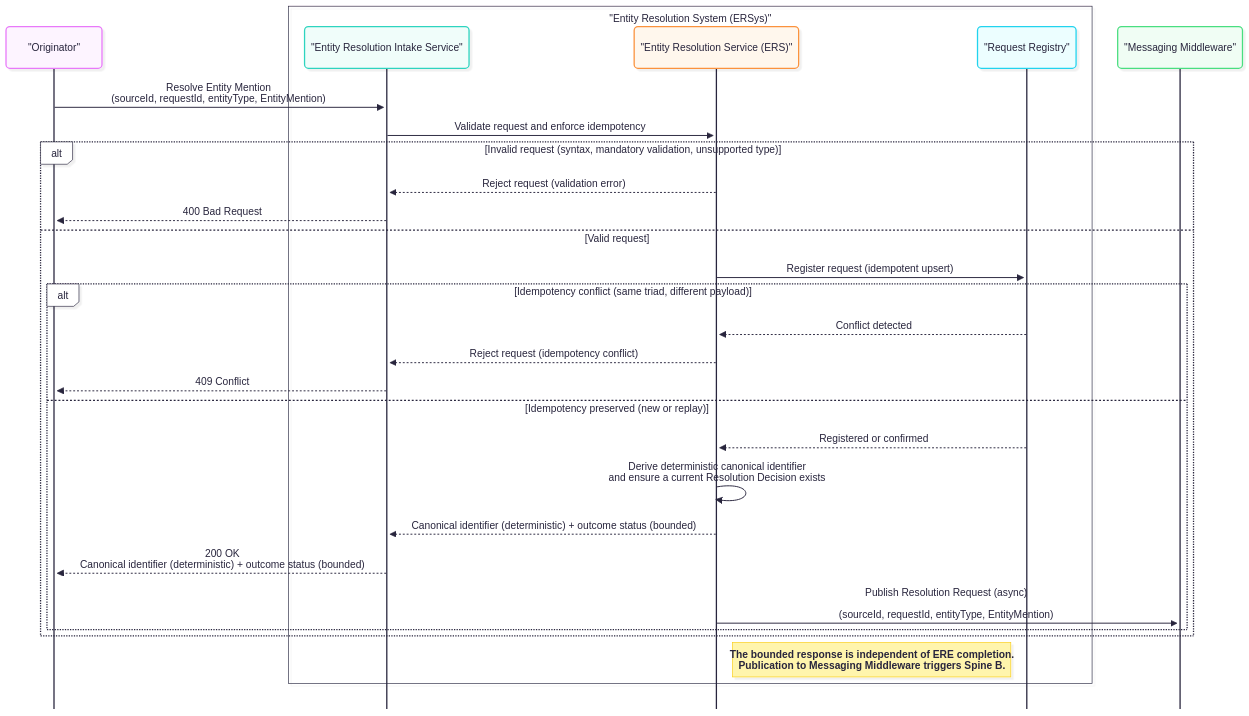
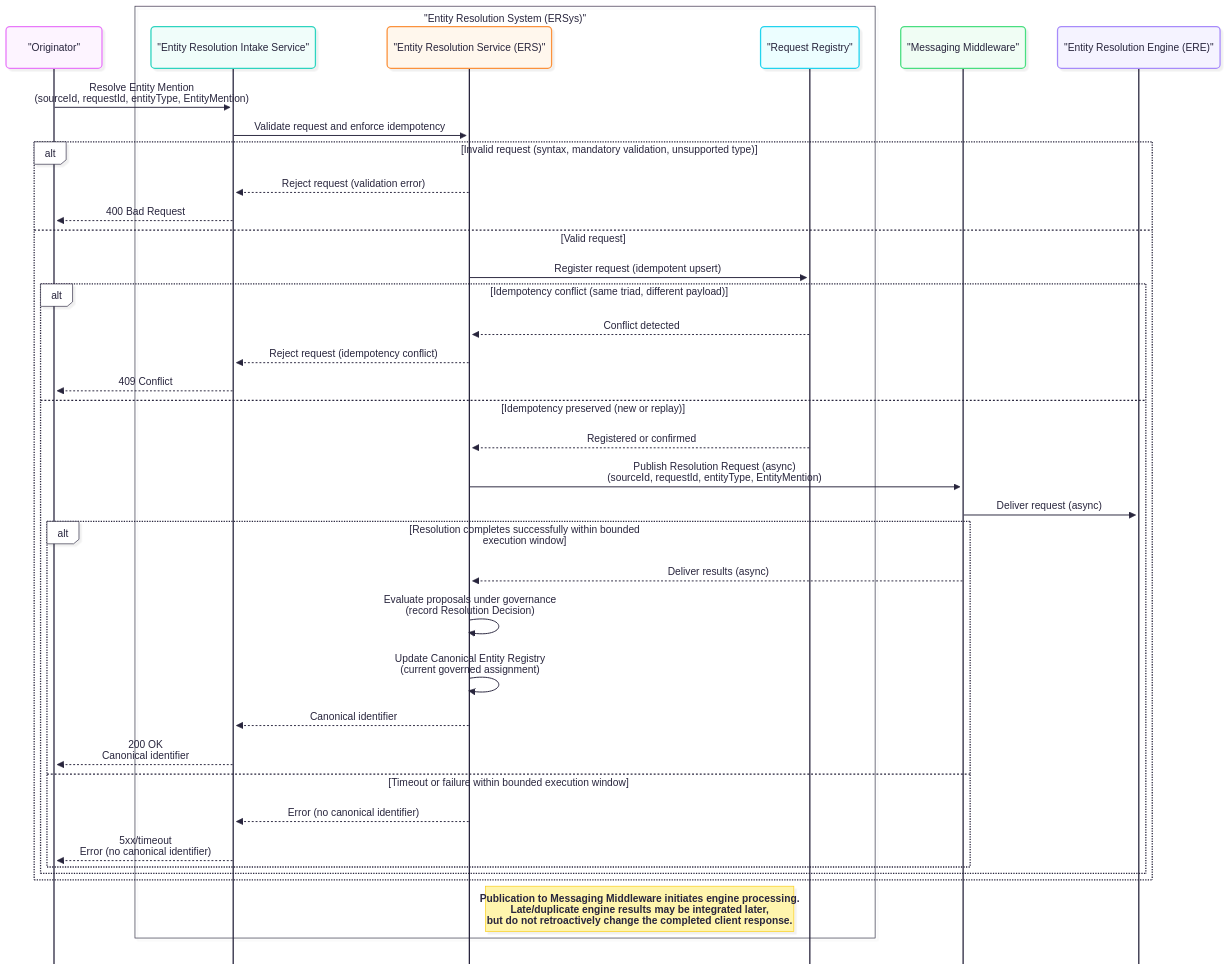
Before and after one commit to OP-TED/entity-resolution-spec: the diagram in docs/architecture/sequence_diagrams/spine-A-Resolve-EntityMention.mmd, drawn with Mermaid. The commit also changed 8 other files, not shown here.

First line of the commit message:
update the diagrams

```diff
--- a/docs/architecture/sequence_diagrams/spine-A-Resolve-EntityMention.mmd
+++ b/docs/architecture/sequence_diagrams/spine-A-Resolve-EntityMention.mmd
@@ -1,47 +1,62 @@
 ---
 config:
   look: neo
   theme: redux-color
   mirrorActors: false
   sequence:
     bottomMarginAdj: 0.1
 ---
 sequenceDiagram
-%% Maps to EA diagram: UML Sequence (Spine A)
-%% Purpose: bounded resolve, deterministic canonical identifier, idempotent request registration.
-%% Shows: non-blocking publication to Messaging Middleware as the trigger for Spine B.
-%% Excludes: ERE participation, result integration, curation, rebuild, and store choreography beyond Request Registry.
+  %% Maps to EA diagram: UML Sequence (Spine A)
+  %% Purpose: bounded client resolve, idempotent request registration, synchronous completion semantics.
+  %% Shows: request publication to Messaging Middleware as part of the bounded resolve.
+  %% Excludes: detailed ERE logic, candidate ranking/pruning, curation, rebuild, and store choreography beyond Request Registry.
 
-participant Originator as "Originator"
+  participant Originator as "Originator"
+
+  participant ERIntake
+  participant ERS
+  participant RequestRegistry
 
 box "Entity Resolution System (ERSys)"
     participant ERIntake as "Entity Resolution Intake Service"
     participant ERS as "Entity Resolution Service (ERS)"
     participant RequestRegistry as "Request Registry"
 end
 
 participant MessagingMiddleware as "Messaging Middleware"
+participant ERE as "Entity Resolution Engine (ERE)"
 
 Originator ->> ERIntake: Resolve Entity Mention<br/>(sourceId, requestId, entityType, EntityMention)
 ERIntake ->> ERS: Validate request and enforce idempotency
 
 alt Invalid request (syntax, mandatory validation, unsupported type)
     ERS -->> ERIntake: Reject request (validation error)
     ERIntake -->> Originator: 400 Bad Request
 else Valid request
     ERS ->> RequestRegistry: Register request (idempotent upsert)
     alt Idempotency conflict (same triad, different payload)
         RequestRegistry -->> ERS: Conflict detected
         ERS -->> ERIntake: Reject request (idempotency conflict)
         ERIntake -->> Originator: 409 Conflict
     else Idempotency preserved (new or replay)
         RequestRegistry -->> ERS: Registered or confirmed
-        ERS ->> ERS: Derive deterministic canonical identifier<br/>and ensure a current Resolution Decision exists
-        ERS -->> ERIntake: Canonical identifier (deterministic) + outcome status (bounded)
-        ERIntake -->> Originator: 200 OK<br/>Canonical identifier (deterministic) + outcome status (bounded)
 
-        ERS ->> MessagingMiddleware: Publish Resolution Request (async)<br/><br/>(sourceId, requestId, entityType, EntityMention)
+        ERS ->> MessagingMiddleware: Publish Resolution Request (async)<br/>(sourceId, requestId, entityType, EntityMention)
+        MessagingMiddleware ->> ERE: Deliver request (async)
+
+        alt Resolution completes successfully within bounded execution window
+            %% ERE -->> MessagingMiddleware: Publish candidate alignments<br/>(candidate links)
+            MessagingMiddleware -->> ERS: Deliver results (async)
+            ERS ->> ERS: Evaluate proposals under governance<br/>(record Resolution Decision)
+            ERS ->> ERS: Update Canonical Entity Registry<br/>(current governed assignment)
+            ERS -->> ERIntake: Canonical identifier
+            ERIntake -->> Originator: 200 OK<br/>Canonical identifier
+        else Timeout or failure within bounded execution window
+            ERS -->> ERIntake: Error (no canonical identifier)
+            ERIntake -->> Originator: 5xx/timeout<br/>Error (no canonical identifier)
+        end
     end
 end
 
-note right of ERS: The bounded response is independent of ERE completion. <br> Publication to Messaging Middleware triggers Spine B.
+note right of ERS: Publication to Messaging Middleware initiates engine processing.<br> Late/duplicate engine results may be integrated later,<br> but do not retroactively change the completed client response.
```
